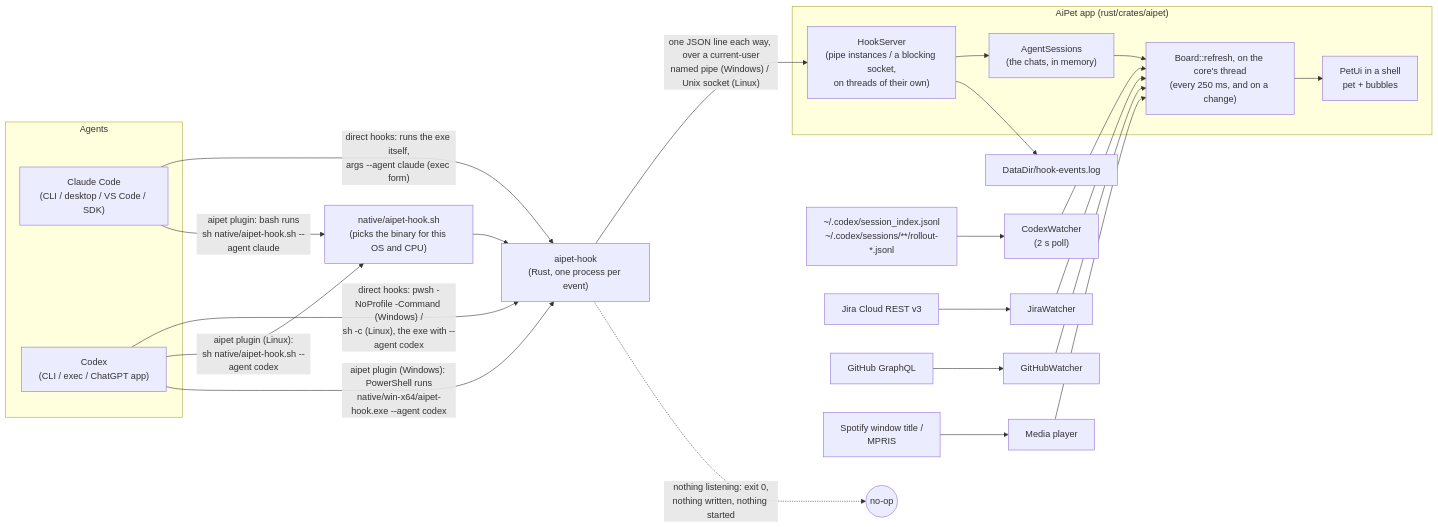
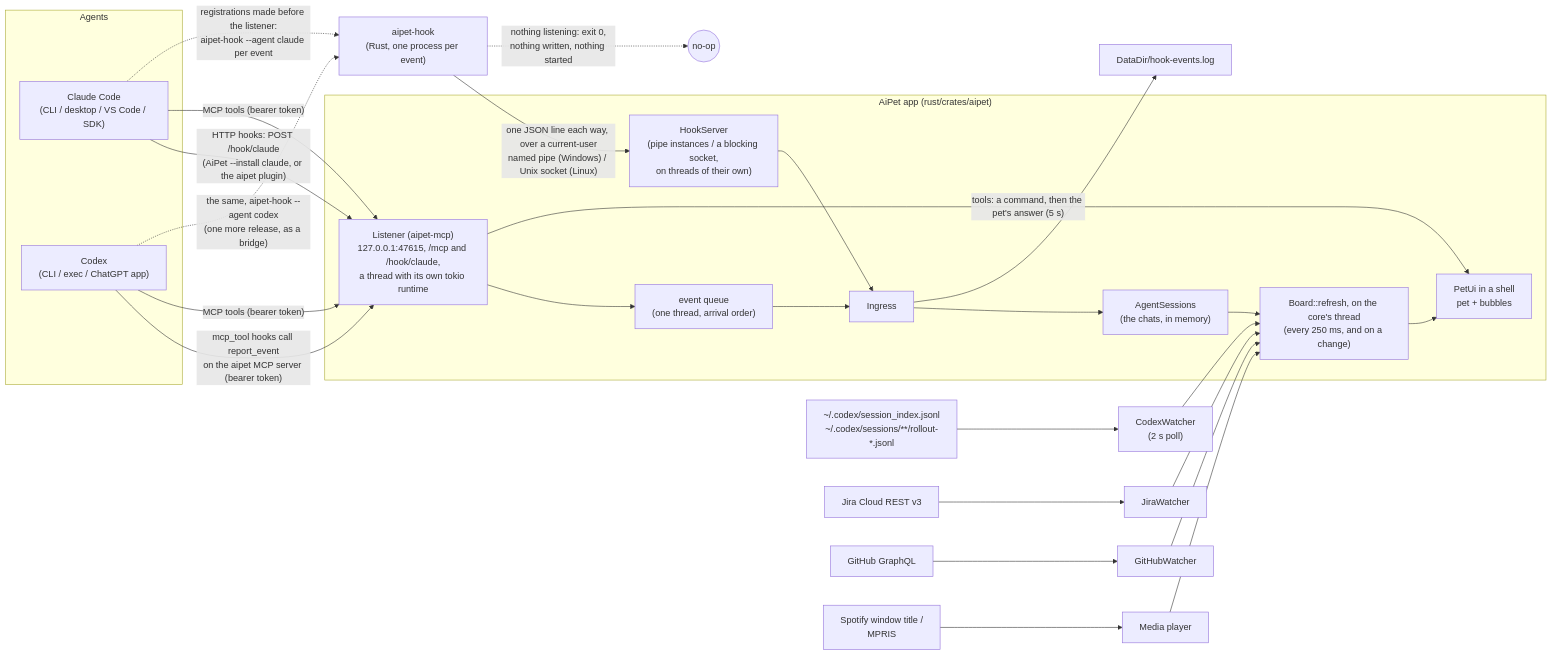
The first of 3 diagrams in docs/ARCHITECTURE.md (xMarcinator/ai-pet), drawn with Mermaid before and after one commit. The commit also changed other lines of this file and 17 other files, not shown here.

First line of the commit message:
docs(fnt-71.8): the MCP server, the new hooks and AiPet --install in every doc R14 lists

````diff
--- a/docs/ARCHITECTURE.md
+++ b/docs/ARCHITECTURE.md
@@ -11,28 +11,32 @@
 ```mermaid
 graph LR
   subgraph Agents
     CC["Claude Code<br/>(CLI / desktop / VS Code / SDK)"]
     CX["Codex<br/>(CLI / exec / ChatGPT app)"]
   end
 
-  CC -- "direct hooks: runs the exe itself,<br/>args --agent claude (exec form)" --> HOOK
-  CC -- "aipet plugin: bash runs<br/>sh native/aipet-hook.sh --agent claude" --> LAUNCH
-  CX -- "direct hooks: pwsh -NoProfile -Command (Windows) /<br/>sh -c (Linux), the exe with --agent codex" --> HOOK
-  CX -- "aipet plugin (Linux):<br/>sh native/aipet-hook.sh --agent codex" --> LAUNCH
-  CX -- "aipet plugin (Windows): PowerShell runs<br/>native/win-x64/aipet-hook.exe --agent codex" --> HOOK
-  LAUNCH["native/aipet-hook.sh<br/>(picks the binary for this OS and CPU)"] --> HOOK["aipet-hook<br/>(Rust, one process per event)"]
+  CC -- "HTTP hooks: POST /hook/claude<br/>(AiPet --install claude, or the aipet plugin)" --> L
+  CX -- "mcp_tool hooks call report_event<br/>on the aipet MCP server (bearer token)" --> L
+  CC -- "MCP tools (bearer token)" --> L
+  CX -- "MCP tools (bearer token)" --> L
+  CC -. "registrations made before the listener:<br/>aipet-hook --agent claude per event" .-> HOOK
+  CX -. "the same, aipet-hook --agent codex<br/>(one more release, as a bridge)" .-> HOOK
+  HOOK["aipet-hook<br/>(Rust, one process per event)"]
 
   HOOK -- "one JSON line each way, over a current-user<br/>named pipe (Windows) / Unix socket (Linux)" --> SRV
   HOOK -. "nothing listening: exit 0,<br/>nothing written, nothing started" .-> NOOP(("no-op"))
 
   subgraph APP["AiPet app (rust/crates/aipet)"]
-    SRV["HookServer<br/>(pipe instances / a blocking socket,<br/>on threads of their own)"] --> SESS["AgentSessions<br/>(the chats, in memory)"]
+    L["Listener (aipet-mcp)<br/>127.0.0.1:47615, /mcp and /hook/claude,<br/>a thread with its own tokio runtime"] --> Q["event queue<br/>(one thread, arrival order)"] --> ING
+    SRV["HookServer<br/>(pipe instances / a blocking socket,<br/>on threads of their own)"] --> ING["Ingress"]
+    ING --> SESS["AgentSessions<br/>(the chats, in memory)"]
     SESS --> BOARD["Board::refresh, on the core's thread<br/>(every 250 ms, and on a change)"] --> MW["PetUi in a shell<br/>pet + bubbles"]
+    L -- "tools: a command, then the pet's answer (5 s)" --> MW
   end
 
-  SRV --> LOG["DataDir/hook-events.log"]
+  ING --> LOG["DataDir/hook-events.log"]
   CXS["~/.codex/session_index.jsonl<br/>~/.codex/sessions/**/rollout-*.jsonl"] --> CW["CodexWatcher<br/>(2 s poll)"] --> BOARD
   JIRA["Jira Cloud REST v3"] --> JW["JiraWatcher"] --> BOARD
   GH["GitHub GraphQL"] --> GW["GitHubWatcher"] --> BOARD
   MEDIA["Spotify window title /<br/>MPRIS"] --> MP["Media player"] --> BOARD
 ```
````
